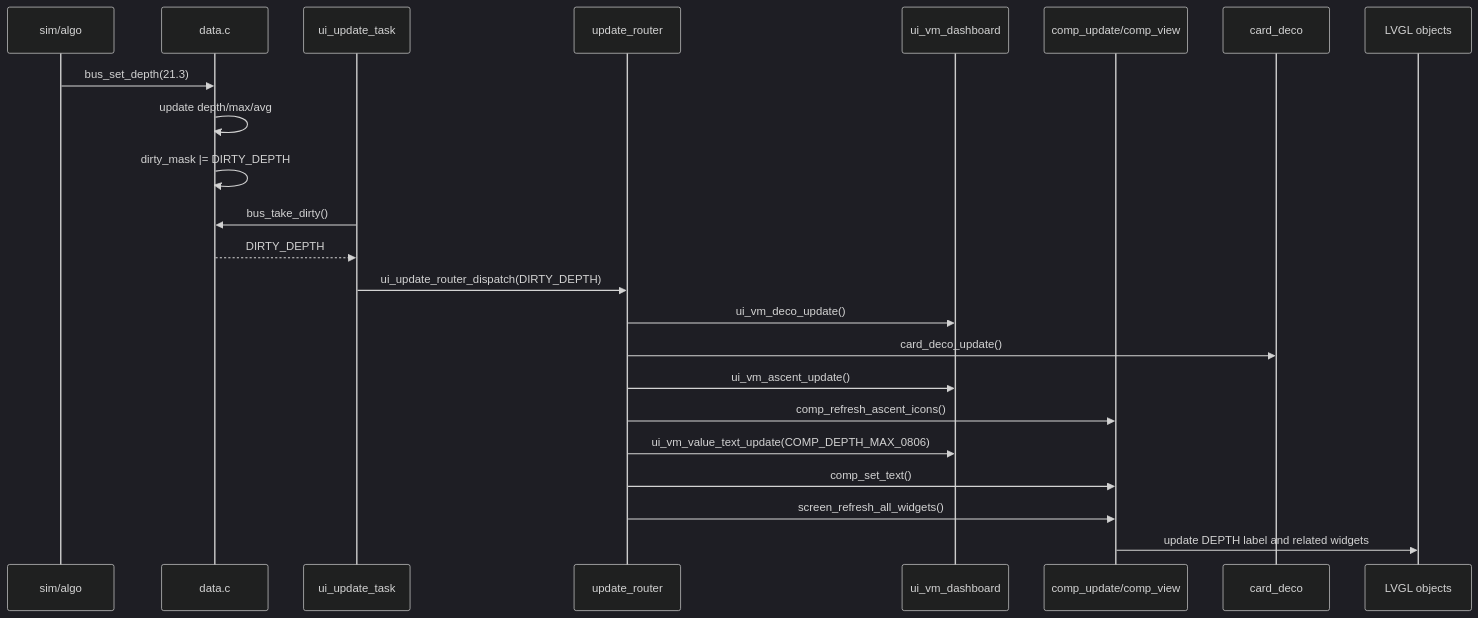
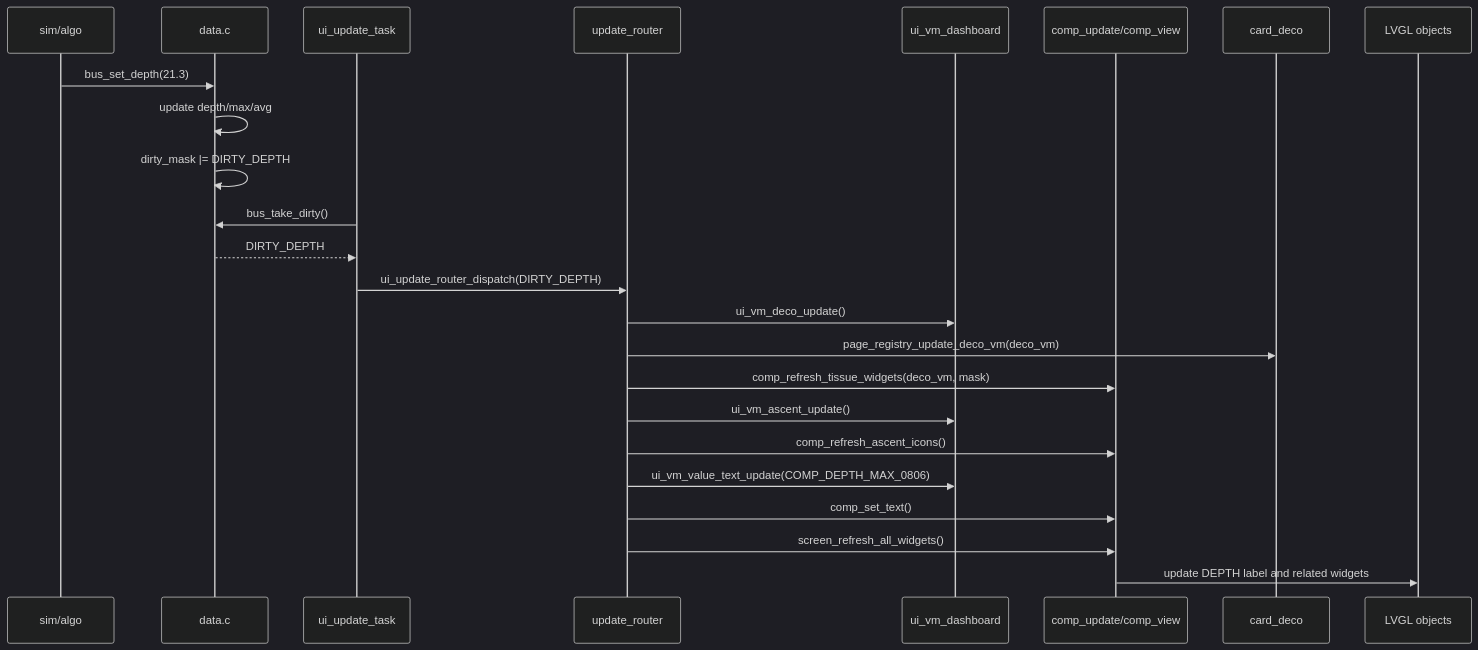
One commit to arexvision/lv_port_win_codeblocks-release-v8.3_hasGroup changed diagram 15 of 19 in UI_html_DOC/CURRENT_ARCHITECTURE_DEEP_DIVE.md. Above: the diagram before and after it, drawn with Mermaid (dark theme). The commit also changed other lines of this file and 12 other files, not shown here.

````diff
--- a/UI_html_DOC/CURRENT_ARCHITECTURE_DEEP_DIVE.md
+++ b/UI_html_DOC/CURRENT_ARCHITECTURE_DEEP_DIVE.md
@@ -467,26 +471,27 @@
 ```mermaid
 sequenceDiagram
     participant Sim as sim/algo
     participant Bus as data.c
     participant Timer as ui_update_task
     participant Router as update_router
     participant VM as ui_vm_dashboard
     participant Comp as comp_update/comp_view
     participant Card as card_deco
     participant LVGL as LVGL objects
 
     Sim->>Bus: bus_set_depth(21.3)
     Bus->>Bus: update depth/max/avg
     Bus->>Bus: dirty_mask |= DIRTY_DEPTH
     Timer->>Bus: bus_take_dirty()
     Bus-->>Timer: DIRTY_DEPTH
     Timer->>Router: ui_update_router_dispatch(DIRTY_DEPTH)
     Router->>VM: ui_vm_deco_update()
-    Router->>Card: card_deco_update()
+    Router->>Card: page_registry_update_deco_vm(deco_vm)
+    Router->>Comp: comp_refresh_tissue_widgets(deco_vm, mask)
     Router->>VM: ui_vm_ascent_update()
     Router->>Comp: comp_refresh_ascent_icons()
     Router->>VM: ui_vm_value_text_update(COMP_DEPTH_MAX_0806)
     Router->>Comp: comp_set_text()
     Router->>Comp: screen_refresh_all_widgets()
     Comp->>LVGL: update DEPTH label and related widgets
 ```
````
